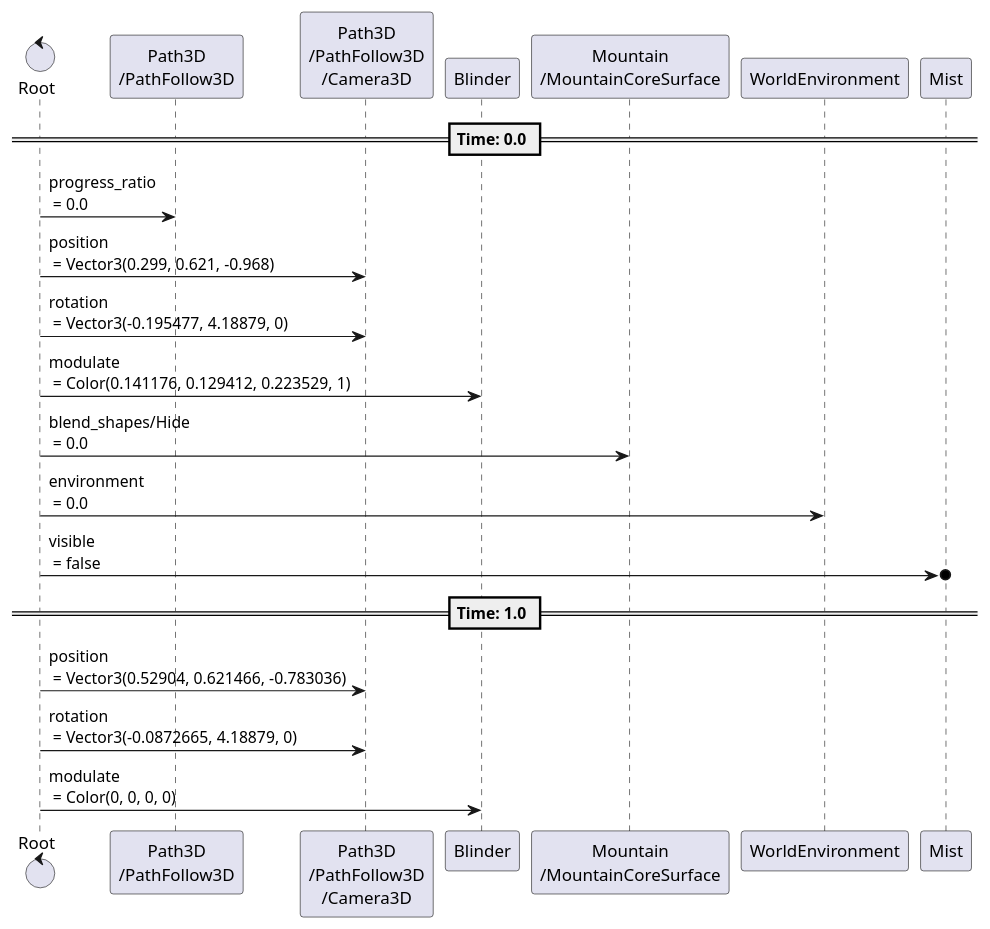
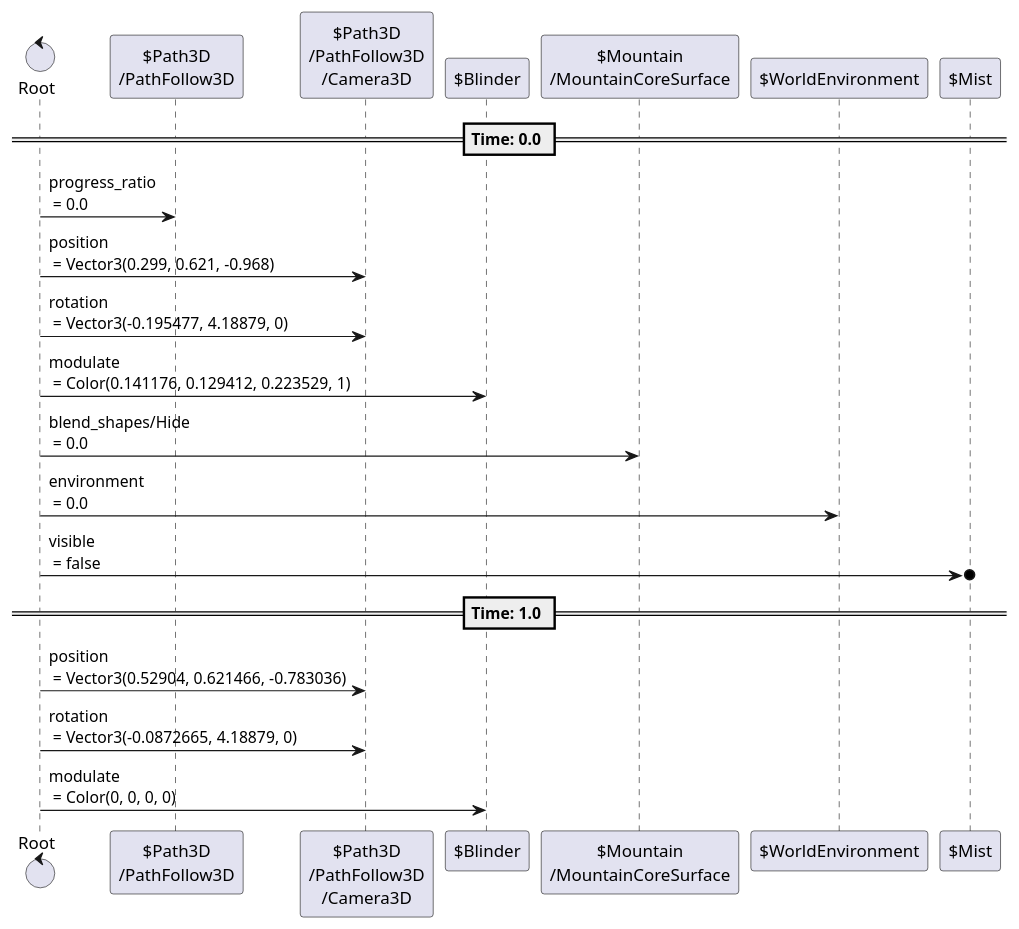
One commit to tkmfujise/Platformer-Game-Learning changed diagram 14 of 23 in content/scenes/src/world/world.tscn.adoc. Above: the diagram before and after it, drawn with PlantUML. The commit also changed other lines of this file and 31 other files, not shown here.

Commit message:
Add prefix $ to node name in animation sequences

```diff
--- a/content/scenes/src/world/world.tscn.adoc
+++ b/content/scenes/src/world/world.tscn.adoc
@@ -448,27 +448,27 @@
 [plantuml]
 ....
-control "Root" as Root
-participant "Path3D\n/PathFollow3D" as T0
-participant "Path3D\n/PathFollow3D\n/Camera3D" as T1
-participant "Blinder" as T3
-participant "Mountain\n/MountainCoreSurface" as T4
-participant "WorldEnvironment" as T5
-participant "Mist" as T6
+control "Root" as R
+participant "$Path3D\n/PathFollow3D" as T0
+participant "$Path3D\n/PathFollow3D\n/Camera3D" as T1
+participant "$Blinder" as T3
+participant "$Mountain\n/MountainCoreSurface" as T4
+participant "$WorldEnvironment" as T5
+participant "$Mist" as T6
 
 
 
 == Time: 0.0 ==
-Root  ->  T0 : progress_ratio\n = 0.0
-Root  ->  T1 : position\n = Vector3(0.299, 0.621, -0.968)
-Root  ->  T1 : rotation\n = Vector3(-0.195477, 4.18879, 0)
-Root  ->  T3 : modulate\n = Color(0.141176, 0.129412, 0.223529, 1)
-Root  ->  T4 : blend_shapes/Hide\n = 0.0
-Root  ->  T5 : environment\n = 0.0
-Root  ->o  T6 : visible\n = false
+R  ->  T0 : progress_ratio\n = 0.0
+R  ->  T1 : position\n = Vector3(0.299, 0.621, -0.968)
+R  ->  T1 : rotation\n = Vector3(-0.195477, 4.18879, 0)
+R  ->  T3 : modulate\n = Color(0.141176, 0.129412, 0.223529, 1)
+R  ->  T4 : blend_shapes/Hide\n = 0.0
+R  ->  T5 : environment\n = 0.0
+R  ->o  T6 : visible\n = false
 == Time: 1.0 ==
-Root  ->  T1 : position\n = Vector3(0.52904, 0.621466, -0.783036)
-Root  ->  T1 : rotation\n = Vector3(-0.0872665, 4.18879, 0)
-Root  ->  T3 : modulate\n = Color(0, 0, 0, 0)
+R  ->  T1 : position\n = Vector3(0.52904, 0.621466, -0.783036)
+R  ->  T1 : rotation\n = Vector3(-0.0872665, 4.18879, 0)
+R  ->  T3 : modulate\n = Color(0, 0, 0, 0)
 
 
 ....
```
